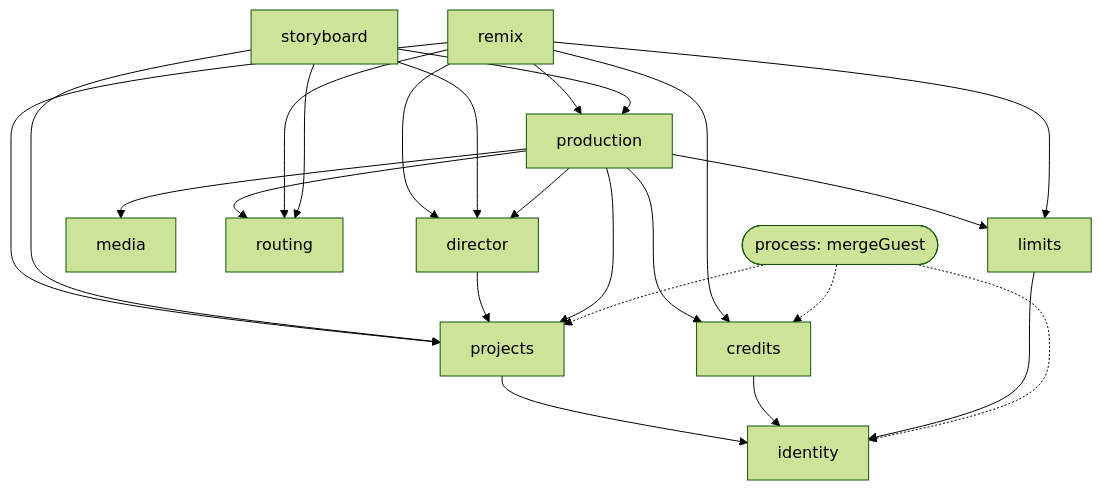
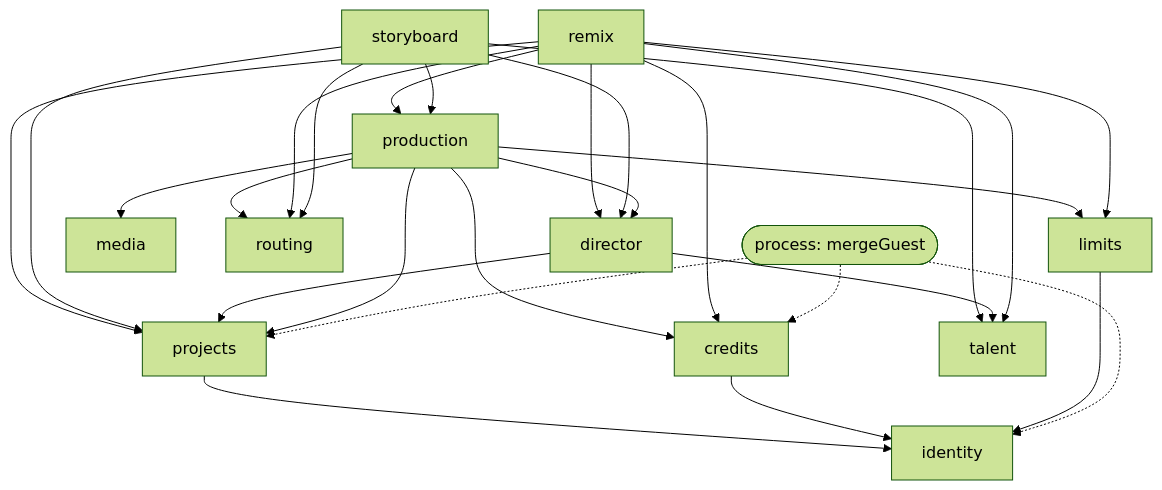
One commit to Webtech12/higgsfield-ai-clone changed the second of 5 diagrams in docs/architecture.md. Above: the diagram before and after it, drawn with Mermaid (forest theme). The commit also changed other lines of this file and 4 other files, not shown here.

First line of the commit message:
docs(adr): turn Director into an ad studio with consenting talent

````diff
--- a/docs/architecture.md
+++ b/docs/architecture.md
@@ -96,26 +99,29 @@
 ```mermaid
 flowchart TD
   remix --> production
   remix --> projects
   remix --> director
   storyboard --> production
   storyboard --> projects
   storyboard --> director
   production --> director
   director --> projects
   production --> projects
   production --> credits
   production --> limits
   production --> media
   production --> routing
   remix --> routing
   remix --> credits
   remix --> limits
   storyboard --> routing
+  storyboard --> talent
+  director --> talent
+  remix --> talent
   projects --> identity
   credits --> identity
   limits --> identity
   mergeGuest(["process: mergeGuest"]) -.-> identity
   mergeGuest -.-> projects
   mergeGuest -.-> credits
 ```
````
